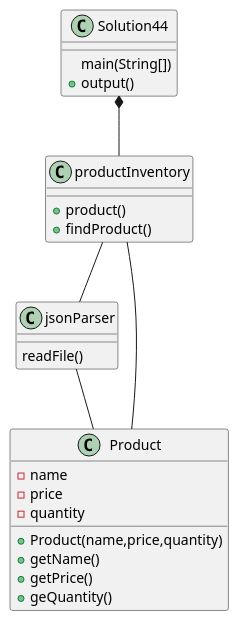
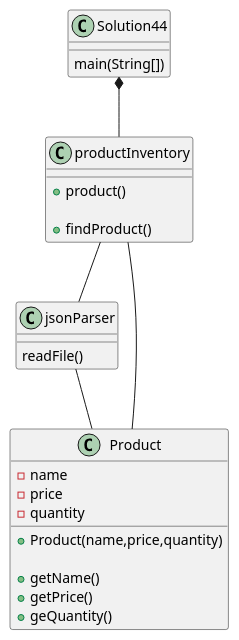
One commit to cachemoney-3000/samontanez-a04 changed the diagram in exercise44/docs/Solution44_ClassDiagram.puml. Above: the diagram before and after it, drawn with PlantUML. The commit also changed 24 other files, not shown here.

```diff
--- a/exercise44/docs/Solution44_ClassDiagram.puml
+++ b/exercise44/docs/Solution44_ClassDiagram.puml
@@ -1,35 +1,50 @@
 @startuml
 class Solution44 {
     'attributes
     main(String[])
-    +output()
+        'BufferedReader bufferedReader = new BufferedReader(new InputStreamReader(System.in));
+        'productInventory inventory = new productInventory("data/exercise44_input.json");
+
+        'while loop that keeps looping if the product is not found
+            'prompt user for a product
+            'call the inventory.findProduct(search)
+
+        'print out the final output
 }
 
 class jsonParser {
     readFile()
+        'parser object
+        'store the product to an array
+        'while loop that keeps iterating until no input is left
 }
 
 class Product{
     'attributes
     -name
     -price
     -quantity
 
+    'constructor
     +Product(name,price,quantity)
+
+     'getters
     +getName()
     +getPrice()
     +geQuantity()
 }
 
 class productInventory{
-    'attributes
+    'attribute
     +product()
+
     +findProduct()
+    'return a string wether a product is found or not
 
 }
 
 Solution44 *-- productInventory
 productInventory -- jsonParser
 productInventory -- Product
 jsonParser -- Product
 @enduml
```
